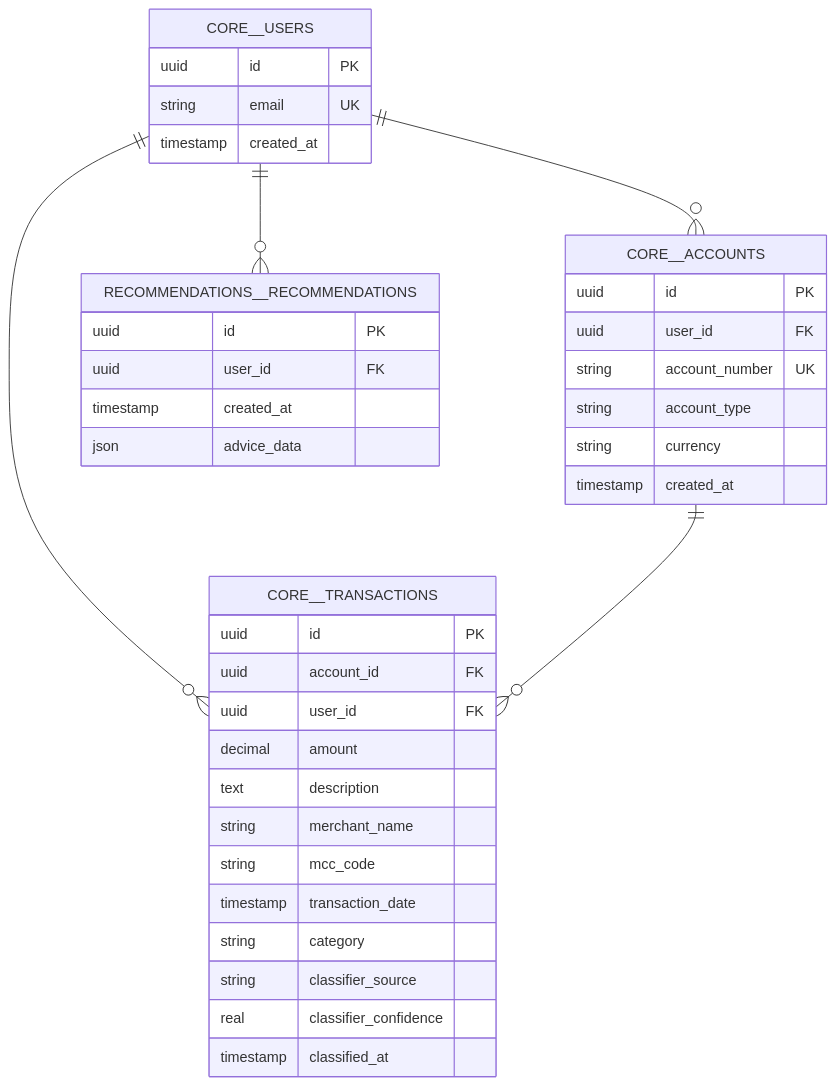
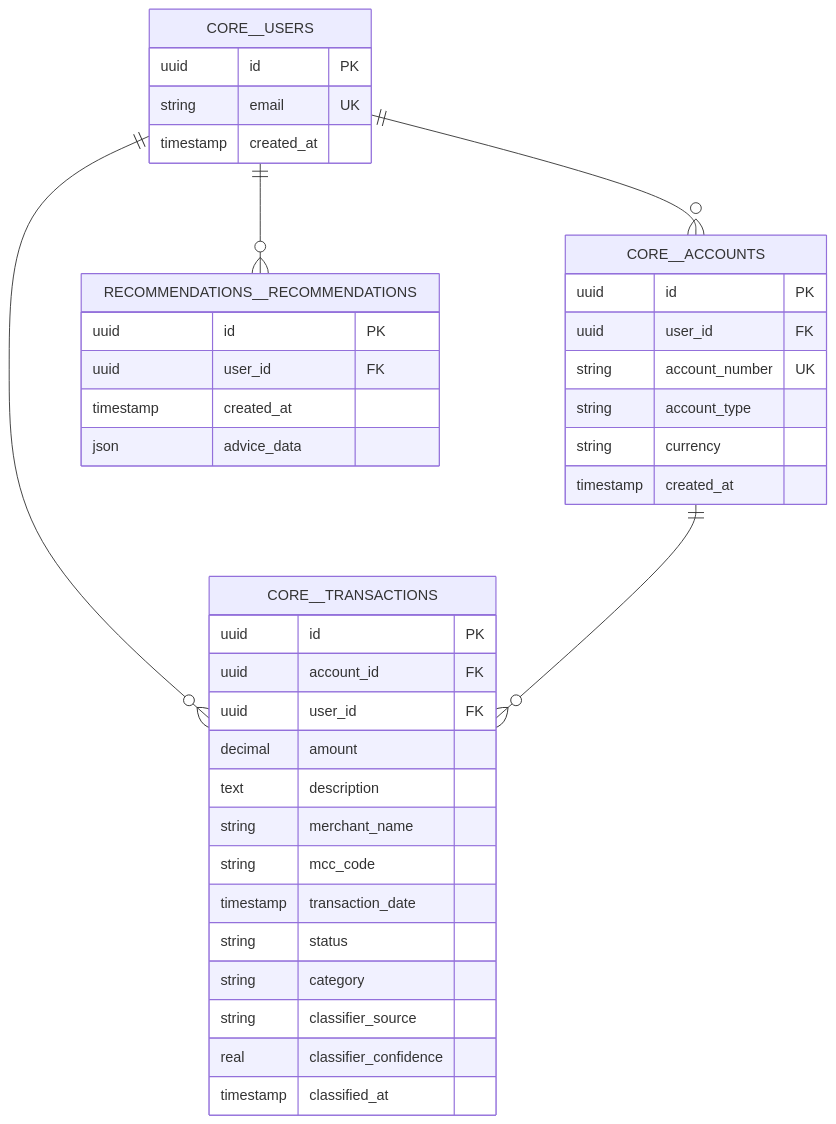
Before and after one commit to irunazushan/finSense: the third of 7 diagrams in docs/architecture_diagrams.md, drawn with Mermaid. The commit also changed other lines of this file and 1 other file, not shown here.

Commit message:
add sequnce state and deploymnt diagrams

````diff
--- a/docs/architecture_diagrams.md
+++ b/docs/architecture_diagrams.md
@@ -91,44 +91,45 @@
 ```mermaid
 erDiagram
     CORE__USERS {
         uuid id PK
         string email UK
         timestamp created_at
     }
 
     CORE__ACCOUNTS {
         uuid id PK
         uuid user_id FK
         string account_number UK
         string account_type
         string currency
         timestamp created_at
     }
 
     CORE__TRANSACTIONS {
         uuid id PK
         uuid account_id FK
         uuid user_id FK
         decimal amount
         text description
         string merchant_name
         string mcc_code
         timestamp transaction_date
+        string status
         string category
         string classifier_source
         real classifier_confidence
         timestamp classified_at
     }
 
     RECOMMENDATIONS__RECOMMENDATIONS {
         uuid id PK
         uuid user_id FK
         timestamp created_at
         json advice_data
     }
 
     CORE__USERS ||--o{ CORE__ACCOUNTS : ""
     CORE__USERS ||--o{ CORE__TRANSACTIONS : ""
     CORE__ACCOUNTS ||--o{ CORE__TRANSACTIONS : ""
     CORE__USERS ||--o{ RECOMMENDATIONS__RECOMMENDATIONS : ""
 ```
````
